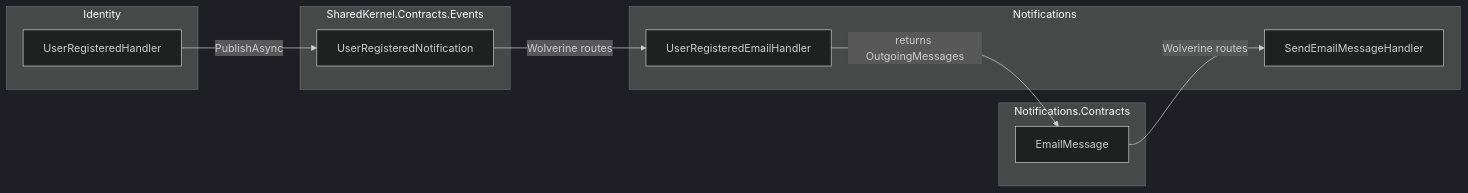
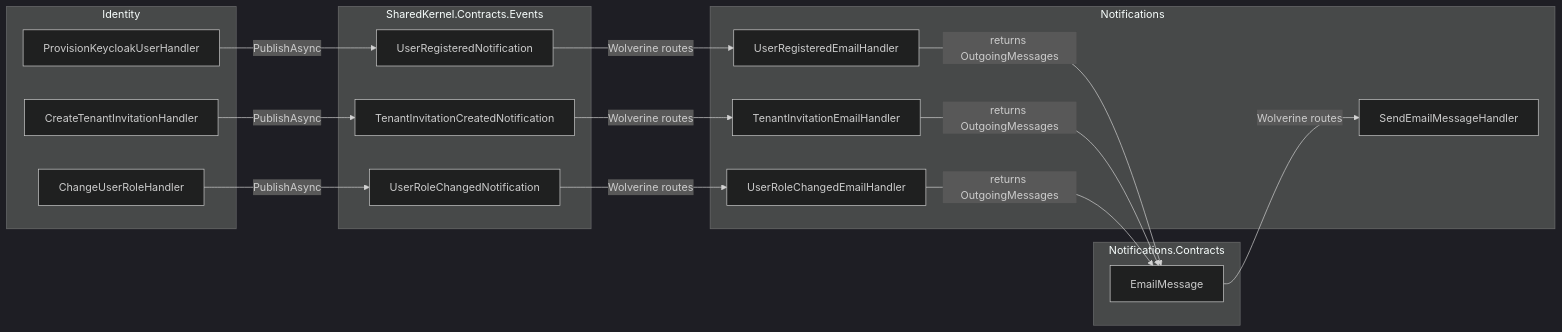
The fifth of 11 diagrams in README.md (zribktad/API-Template-Modules), drawn with Mermaid (dark theme) before and after one commit. The commit also changed other lines of this file, not shown here.

Commit message:
docs: expand Module Communication section with all cross-module flows

````diff
--- a/README.md
+++ b/README.md
@@ -208,24 +214,36 @@
 ```mermaid
 flowchart LR
     subgraph SharedKernel_Events ["SharedKernel.Contracts.Events"]
         EV3[UserRegisteredNotification]
+        EV4[TenantInvitationCreatedNotification]
+        EV5[UserRoleChangedNotification]
     end
 
     subgraph Identity
-        ID_H[UserRegisteredHandler]
+        ID_H[ProvisionKeycloakUserHandler]
+        ID_H2[CreateTenantInvitationHandler]
+        ID_H3[ChangeUserRoleHandler]
     end
 
     subgraph Notifications_Contracts ["Notifications.Contracts"]
         MSG[EmailMessage]
     end
 
     subgraph Notifications
         NF_H1[UserRegisteredEmailHandler]
-        NF_H2[SendEmailMessageHandler]
+        NF_H2[TenantInvitationEmailHandler]
+        NF_H3[UserRoleChangedEmailHandler]
+        NF_H4[SendEmailMessageHandler]
     end
 
     ID_H -->|PublishAsync| EV3
+    ID_H2 -->|PublishAsync| EV4
+    ID_H3 -->|PublishAsync| EV5
     EV3 -->|Wolverine routes| NF_H1
+    EV4 -->|Wolverine routes| NF_H2
+    EV5 -->|Wolverine routes| NF_H3
     NF_H1 -->|returns OutgoingMessages| MSG
-    MSG -->|Wolverine routes| NF_H2
+    NF_H2 -->|returns OutgoingMessages| MSG
+    NF_H3 -->|returns OutgoingMessages| MSG
+    MSG -->|Wolverine routes| NF_H4
 ```
````
